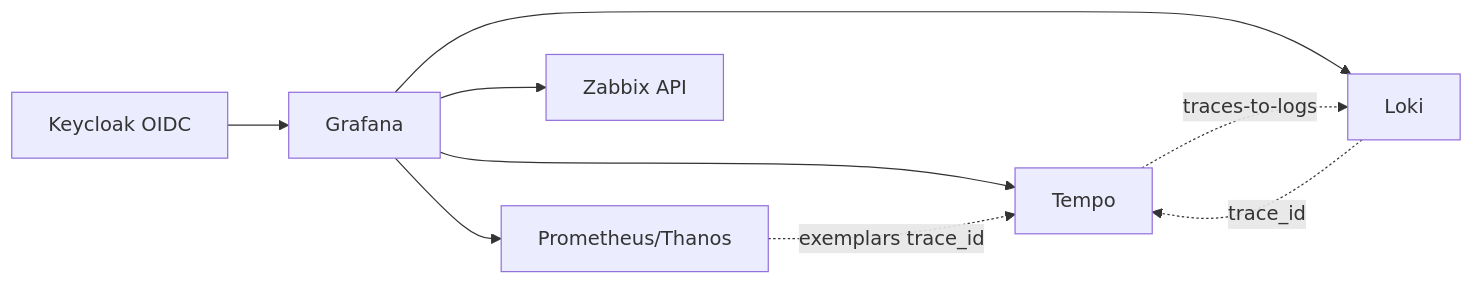
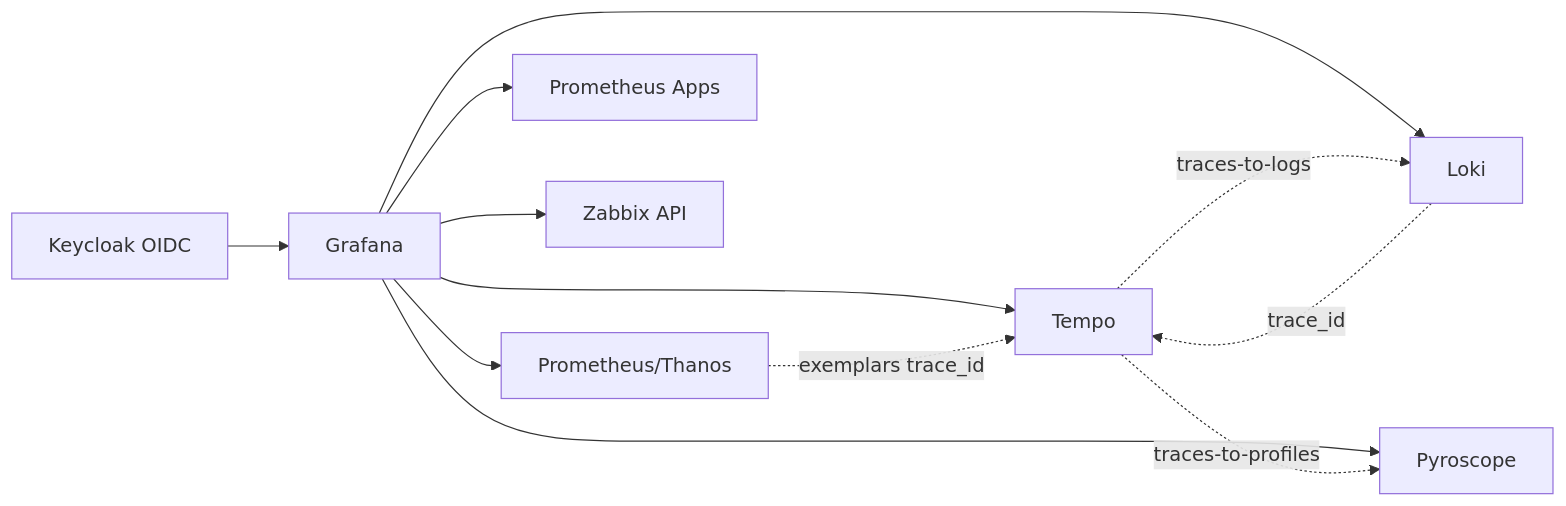
Before and after one commit to thiagobotelho/grafana-gitops: the diagram in README.md, drawn with Mermaid. The commit also changed other lines of this file and 59 other files, not shown here.

````diff
--- a/README.md
+++ b/README.md
@@ -10,11 +10,14 @@
 ```mermaid
 flowchart LR
     KC[Keycloak OIDC] --> GF[Grafana]
     GF --> P[Prometheus/Thanos]
+    GF --> PA[Prometheus Apps]
     GF --> L[Loki]
     GF --> T[Tempo]
+    GF --> Y[Pyroscope]
     GF --> Z[Zabbix API]
     P -. exemplars trace_id .-> T
     L -. trace_id .-> T
     T -. traces-to-logs .-> L
+    T -. traces-to-profiles .-> Y
 ```
````
